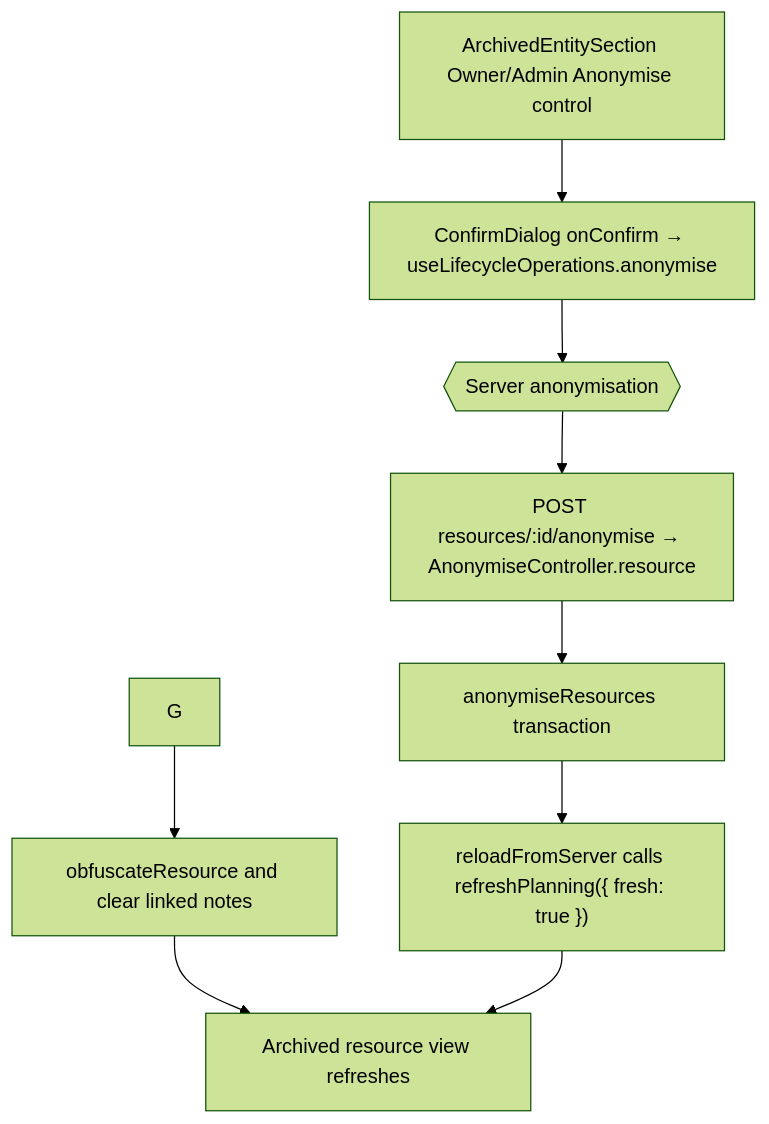
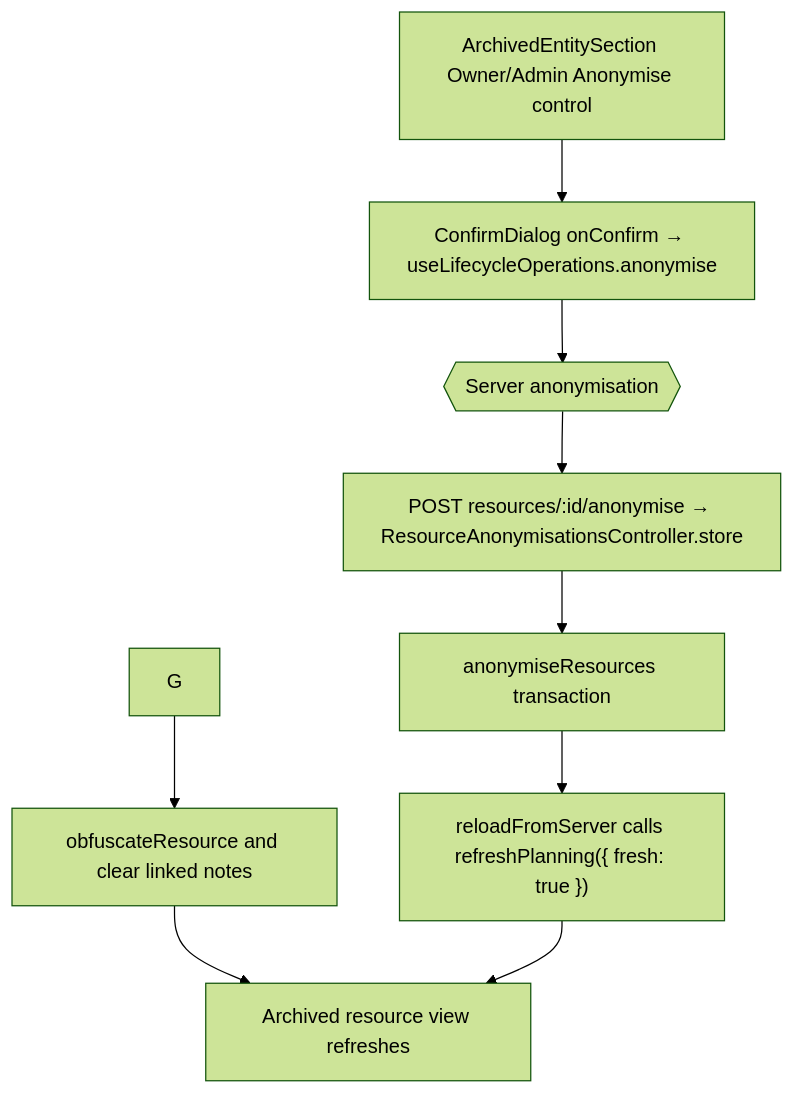
Before and after one commit to Kevinjohn/capacitylens: the second of 2 diagrams in user-stories/resources/US-RES-16-anonymise-resource.md, drawn with Mermaid (forest theme). The commit also changed other lines of this file and 139 other files, not shown here.

````diff
--- a/user-stories/resources/US-RES-16-anonymise-resource.md
+++ b/user-stories/resources/US-RES-16-anonymise-resource.md
@@ -28,9 +28,9 @@
 ```mermaid
 flowchart TD
   A["ArchivedEntitySection Owner/Admin Anonymise control"] --> B["ConfirmDialog onConfirm → useLifecycleOperations.anonymise"]
   B --> C{{"Server anonymisation"}}
-  C --> D["POST resources/:id/anonymise → AnonymiseController.resource"] --> E["anonymiseResources transaction"] --> F["reloadFromServer calls refreshPlanning({ fresh: true })"]
+  C --> D["POST resources/:id/anonymise → ResourceAnonymisationsController.store"] --> E["anonymiseResources transaction"] --> F["reloadFromServer calls refreshPlanning({ fresh: true })"]
   G --> H["obfuscateResource and clear linked notes"]
   H --> I["Archived resource view refreshes"]
   F --> I
 ```
````
